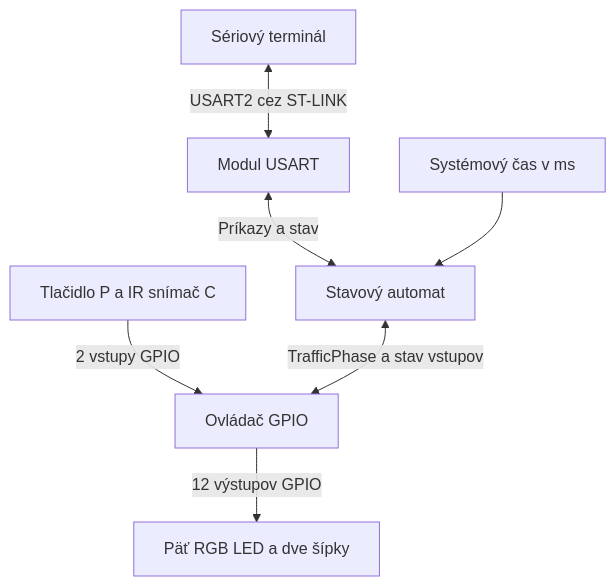
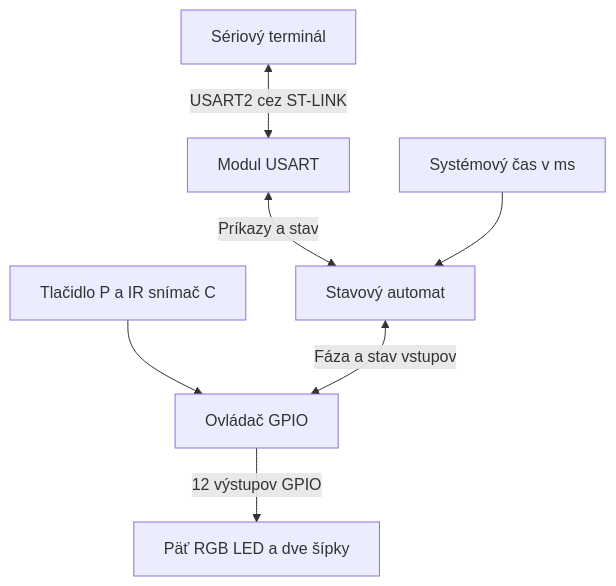
Before and after one commit to xkuceram/VRS_T_krizovatka: the diagram in README.md, drawn with Mermaid. The commit also changed other lines of this file and 1 other file, not shown here.

````diff
--- a/README.md
+++ b/README.md
@@ -103,9 +106,9 @@
 ```mermaid
 flowchart TD
     PC["Sériový terminál"] <-->|"USART2 cez ST-LINK"| USART["Modul USART"]
     USART <-->|"Príkazy a stav"| FSM["Stavový automat"]
-    IN["Tlačidlo P a IR snímač C"] -->|"2 vstupy GPIO"| GPIO
+    IN["Tlačidlo P a IR snímač C"] --> GPIO
     TICK["Systémový čas v ms"] --> FSM
-    FSM <-->|"TrafficPhase a stav vstupov"| GPIO["Ovládač GPIO"]
+    FSM <-->|"Fáza a stav vstupov"| GPIO["Ovládač GPIO"]
     GPIO -->|"12 výstupov GPIO"| LED["Päť RGB LED a dve šípky"]
 ```
````
